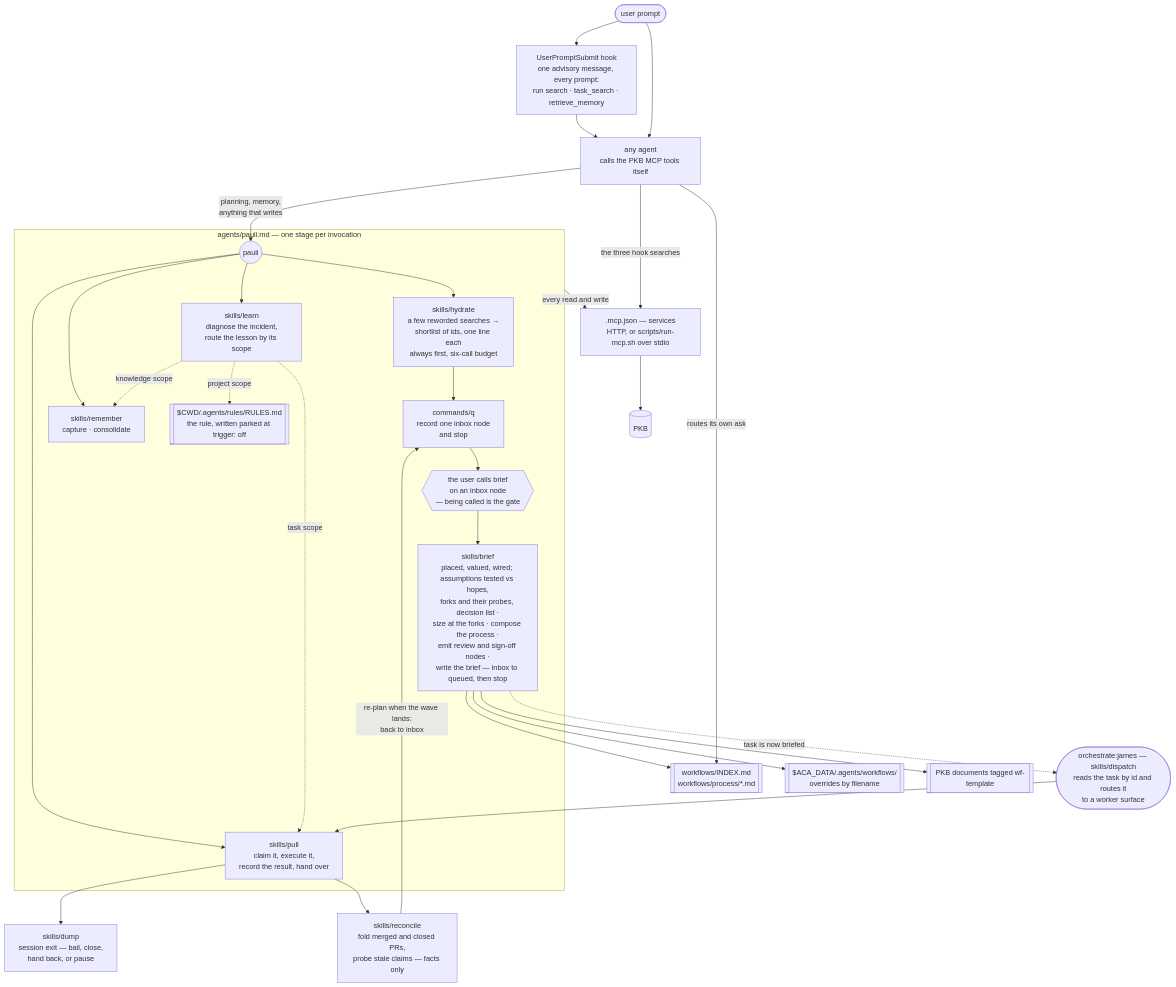
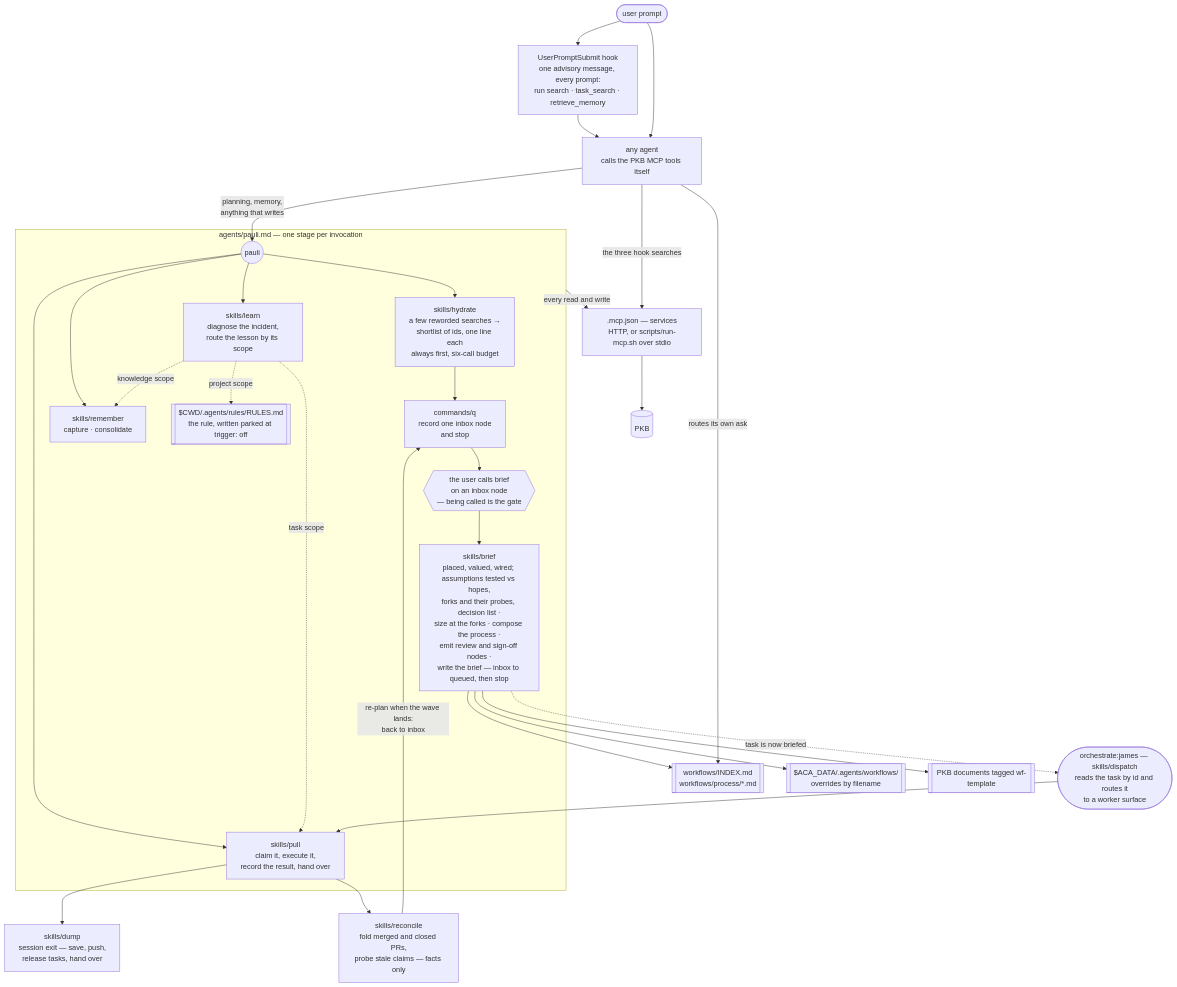
The diagram in plugins/pkb/README.md (nicsuzor/academicOps), drawn with Mermaid before and after one commit. The commit also changed other lines of this file and 1 other file, not shown here.

Commit message:
fix(dump): align skill description with the single handover process
Claude-Session: https://claude.ai/code/session_01ARj5qSWwMpheGpzd5N8KrM

````diff
--- a/plugins/pkb/README.md
+++ b/plugins/pkb/README.md
@@ -8,44 +8,44 @@
 ```mermaid
 flowchart TD
     prompt([user prompt]) --> hook
 
     hook["UserPromptSubmit hook<br/>one advisory message, every prompt:<br/>run search · task_search · retrieve_memory"]
     hook --> agent
     prompt --> agent["any agent<br/>calls the PKB MCP tools itself"]
 
     agent -- "planning, memory,<br/>anything that writes" --> pauli
 
     subgraph pkbwrite["agents/pauli.md — one stage per invocation"]
         pauli(("pauli"))
         pauli --> hydrate["skills/hydrate<br/>a few reworded searches →<br/>shortlist of ids, one line each<br/>always first, six-call budget"]
 
         hydrate --> capture["commands/q<br/>record one inbox node<br/>and stop"]
         capture --> gate{{"the user calls brief<br/>on an inbox node<br/>— being called is the gate"}}
         gate --> brief["skills/brief<br/>placed, valued, wired; assumptions tested vs hopes,<br/>forks and their probes, decision list ·<br/>size at the forks · compose the process ·<br/>emit review and sign-off nodes ·<br/>write the brief — inbox to queued, then stop"]
 
         pauli --> pull["skills/pull<br/>claim it, execute it,<br/>record the result, hand over"]
         pauli --> remember["skills/remember<br/>capture · consolidate"]
         pauli --> learn["skills/learn<br/>diagnose the incident,<br/>route the lesson by its scope"]
 
         learn -. knowledge scope .-> remember
         learn -. project scope .-> rules[["$CWD/.agents/rules/RULES.md<br/>the rule, written parked at trigger: off"]]
         learn -. task scope .-> pull
     end
 
-    pull --> dump["skills/dump<br/>session exit — bail, close,<br/>hand back, or pause"]
+    pull --> dump["skills/dump<br/>session exit — save, push,<br/>release tasks, hand over"]
     pull --> reconcile["skills/reconcile<br/>fold merged and closed PRs,<br/>probe stale claims — facts only"]
     reconcile -- "re-plan when the wave lands:<br/>back to inbox" --> capture
 
     brief --> library[["workflows/INDEX.md<br/>workflows/process/*.md"]]
     brief --> userlayer[["$ACA_DATA/.agents/workflows/<br/>overrides by filename"]]
     brief --> wftemplates[["PKB documents tagged wf-template"]]
     agent -- "routes its own ask" --> library
 
     pkbwrite -- "every read and write" --> mcp
     agent -- "the three hook searches" --> mcp
 
     mcp[".mcp.json — services<br/>HTTP, or scripts/run-mcp.sh over stdio"] --> pkbstore[(PKB)]
 
     brief -. "task is now briefed" .-> dispatch(["orchestrate:james — skills/dispatch<br/>reads the task by id and routes it<br/>to a worker surface"])
     dispatch --> pull
 ```
````
